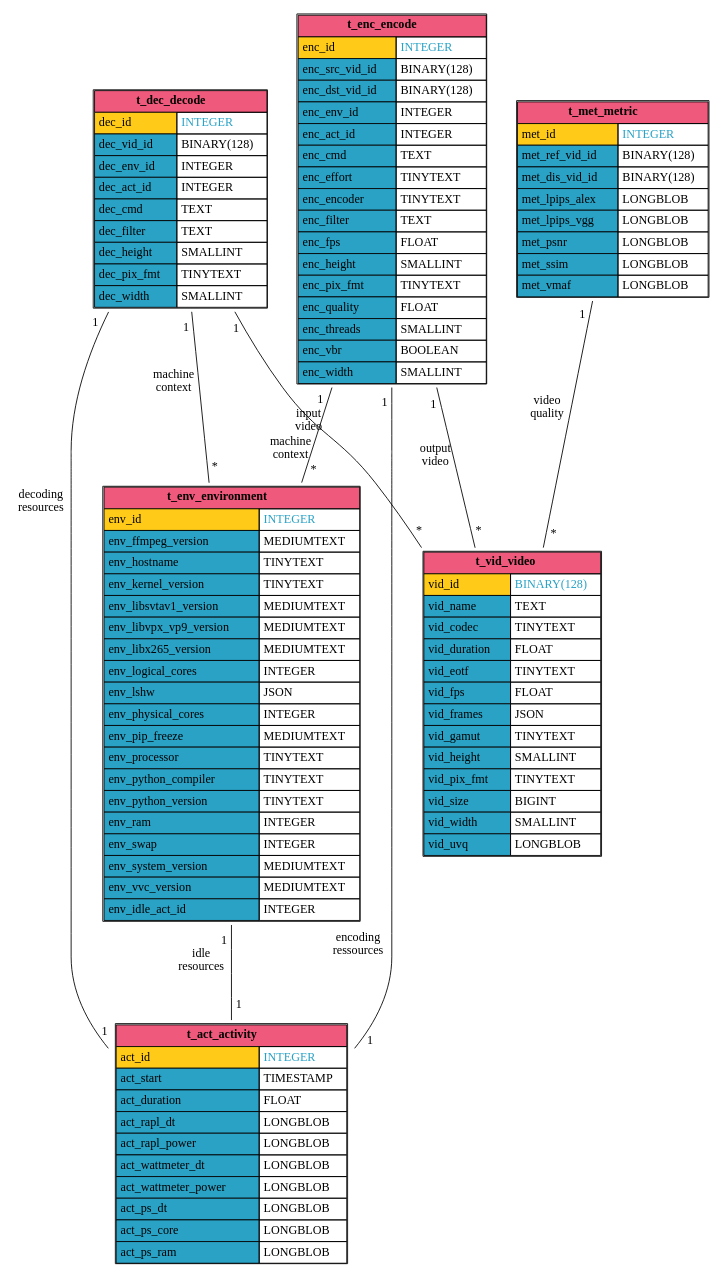
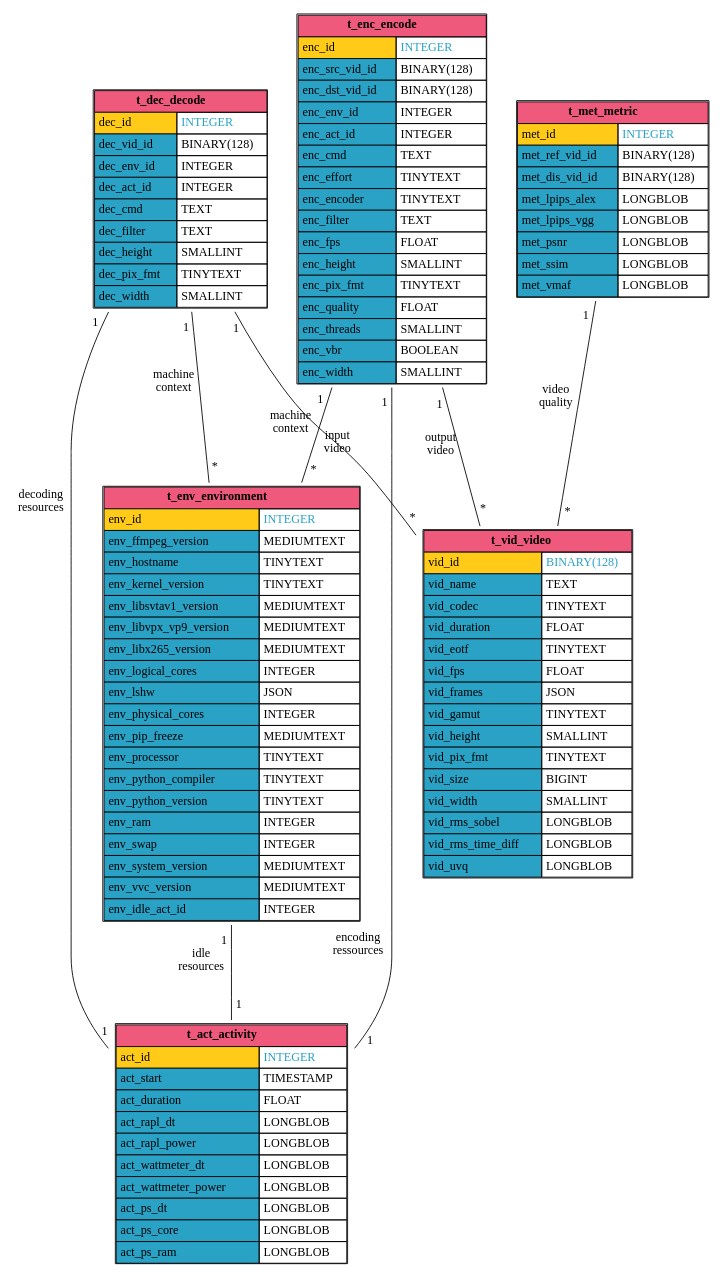
One commit to robinechuca/mendevi changed the diagram in docs/media/sql_database.dot. Above: the diagram before and after it, drawn with Graphviz. The commit also changed 2 other files, not shown here.

Commit message:
add metric rms_sobel and rms_time_diff

```diff
--- a/docs/media/sql_database.dot
+++ b/docs/media/sql_database.dot
@@ -1,129 +1,131 @@
 # dot -Tsvg sql_database.dot > sql_database.svg
 graph database {
   node [shape=plaintext]
   t_act_activity [
     label=<
       <TABLE BORDER="1" CELLBORDER="1" CELLSPACING="0" CELLPADDING="4">
         <TR><TD COLSPAN="2" BGCOLOR="#ef597b"><B>t_act_activity</B></TD></TR>
         <TR><TD ALIGN="LEFT" BGCOLOR="#ffcb18">act_id</TD><TD ALIGN="LEFT"><FONT COLOR="#29a2c6">INTEGER</FONT></TD></TR>
         <TR><TD ALIGN="LEFT" BGCOLOR="#29a2c6">act_start</TD><TD ALIGN="LEFT">TIMESTAMP</TD></TR>
         <TR><TD ALIGN="LEFT" BGCOLOR="#29a2c6">act_duration</TD><TD ALIGN="LEFT">FLOAT</TD></TR>
         <TR><TD ALIGN="LEFT" BGCOLOR="#29a2c6">act_rapl_dt</TD><TD ALIGN="LEFT">LONGBLOB</TD></TR>
         <TR><TD ALIGN="LEFT" BGCOLOR="#29a2c6">act_rapl_power</TD><TD ALIGN="LEFT">LONGBLOB</TD></TR>
         <TR><TD ALIGN="LEFT" BGCOLOR="#29a2c6">act_wattmeter_dt</TD><TD ALIGN="LEFT">LONGBLOB</TD></TR>
         <TR><TD ALIGN="LEFT" BGCOLOR="#29a2c6">act_wattmeter_power</TD><TD ALIGN="LEFT">LONGBLOB</TD></TR>
         <TR><TD ALIGN="LEFT" BGCOLOR="#29a2c6">act_ps_dt</TD><TD ALIGN="LEFT">LONGBLOB</TD></TR>
         <TR><TD ALIGN="LEFT" BGCOLOR="#29a2c6">act_ps_core</TD><TD ALIGN="LEFT">LONGBLOB</TD></TR>
         <TR><TD ALIGN="LEFT" BGCOLOR="#29a2c6">act_ps_ram</TD><TD ALIGN="LEFT">LONGBLOB</TD></TR>
       </TABLE>
     >
   ];
   t_vid_video [
     label=<
       <TABLE BORDER="1" CELLBORDER="1" CELLSPACING="0" CELLPADDING="4">
         <TR><TD COLSPAN="2" BGCOLOR="#ef597b"><B>t_vid_video</B></TD></TR>
         <TR><TD ALIGN="LEFT" BGCOLOR="#ffcb18">vid_id</TD><TD ALIGN="LEFT"><FONT COLOR="#29a2c6">BINARY(128)</FONT></TD></TR>
         <TR><TD ALIGN="LEFT" BGCOLOR="#29a2c6">vid_name</TD><TD ALIGN="LEFT">TEXT</TD></TR>
         <TR><TD ALIGN="LEFT" BGCOLOR="#29a2c6">vid_codec</TD><TD ALIGN="LEFT">TINYTEXT</TD></TR>
         <TR><TD ALIGN="LEFT" BGCOLOR="#29a2c6">vid_duration</TD><TD ALIGN="LEFT">FLOAT</TD></TR>
         <TR><TD ALIGN="LEFT" BGCOLOR="#29a2c6">vid_eotf</TD><TD ALIGN="LEFT">TINYTEXT</TD></TR>
         <TR><TD ALIGN="LEFT" BGCOLOR="#29a2c6">vid_fps</TD><TD ALIGN="LEFT">FLOAT</TD></TR>
         <TR><TD ALIGN="LEFT" BGCOLOR="#29a2c6">vid_frames</TD><TD ALIGN="LEFT">JSON</TD></TR>
         <TR><TD ALIGN="LEFT" BGCOLOR="#29a2c6">vid_gamut</TD><TD ALIGN="LEFT">TINYTEXT</TD></TR>
         <TR><TD ALIGN="LEFT" BGCOLOR="#29a2c6">vid_height</TD><TD ALIGN="LEFT">SMALLINT</TD></TR>
         <TR><TD ALIGN="LEFT" BGCOLOR="#29a2c6">vid_pix_fmt</TD><TD ALIGN="LEFT">TINYTEXT</TD></TR>
         <TR><TD ALIGN="LEFT" BGCOLOR="#29a2c6">vid_size</TD><TD ALIGN="LEFT">BIGINT</TD></TR>
         <TR><TD ALIGN="LEFT" BGCOLOR="#29a2c6">vid_width</TD><TD ALIGN="LEFT">SMALLINT</TD></TR>
+        <TR><TD ALIGN="LEFT" BGCOLOR="#29a2c6">vid_rms_sobel</TD><TD ALIGN="LEFT">LONGBLOB</TD></TR>
+        <TR><TD ALIGN="LEFT" BGCOLOR="#29a2c6">vid_rms_time_diff</TD><TD ALIGN="LEFT">LONGBLOB</TD></TR>
         <TR><TD ALIGN="LEFT" BGCOLOR="#29a2c6">vid_uvq</TD><TD ALIGN="LEFT">LONGBLOB</TD></TR>
       </TABLE>
     >
   ];
   t_met_metric [
     label=<
       <TABLE BORDER="1" CELLBORDER="1" CELLSPACING="0" CELLPADDING="4">
         <TR><TD COLSPAN="2" BGCOLOR="#ef597b"><B>t_met_metric</B></TD></TR>
         <TR><TD ALIGN="LEFT" BGCOLOR="#ffcb18">met_id</TD><TD ALIGN="LEFT"><FONT COLOR="#29a2c6">INTEGER</FONT></TD></TR>
         <TR><TD ALIGN="LEFT" BGCOLOR="#29a2c6">met_ref_vid_id</TD><TD ALIGN="LEFT">BINARY(128)</TD></TR>
         <TR><TD ALIGN="LEFT" BGCOLOR="#29a2c6">met_dis_vid_id</TD><TD ALIGN="LEFT">BINARY(128)</TD></TR>
         <TR><TD ALIGN="LEFT" BGCOLOR="#29a2c6">met_lpips_alex</TD><TD ALIGN="LEFT">LONGBLOB</TD></TR>
         <TR><TD ALIGN="LEFT" BGCOLOR="#29a2c6">met_lpips_vgg</TD><TD ALIGN="LEFT">LONGBLOB</TD></TR>
         <TR><TD ALIGN="LEFT" BGCOLOR="#29a2c6">met_psnr</TD><TD ALIGN="LEFT">LONGBLOB</TD></TR>
         <TR><TD ALIGN="LEFT" BGCOLOR="#29a2c6">met_ssim</TD><TD ALIGN="LEFT">LONGBLOB</TD></TR>
         <TR><TD ALIGN="LEFT" BGCOLOR="#29a2c6">met_vmaf</TD><TD ALIGN="LEFT">LONGBLOB</TD></TR>
       </TABLE>
     >
   ];
   t_env_environment [
     label=<
       <TABLE BORDER="1" CELLBORDER="1" CELLSPACING="0" CELLPADDING="4">
         <TR><TD COLSPAN="2" BGCOLOR="#ef597b"><B>t_env_environment</B></TD></TR>
         <TR><TD ALIGN="LEFT" BGCOLOR="#ffcb18">env_id</TD><TD ALIGN="LEFT"><FONT COLOR="#29a2c6">INTEGER</FONT></TD></TR>
         <TR><TD ALIGN="LEFT" BGCOLOR="#29a2c6">env_ffmpeg_version</TD><TD ALIGN="LEFT">MEDIUMTEXT</TD></TR>
         <TR><TD ALIGN="LEFT" BGCOLOR="#29a2c6">env_hostname</TD><TD ALIGN="LEFT">TINYTEXT</TD></TR>
         <TR><TD ALIGN="LEFT" BGCOLOR="#29a2c6">env_kernel_version</TD><TD ALIGN="LEFT">TINYTEXT</TD></TR>
         <TR><TD ALIGN="LEFT" BGCOLOR="#29a2c6">env_libsvtav1_version</TD><TD ALIGN="LEFT">MEDIUMTEXT</TD></TR>
         <TR><TD ALIGN="LEFT" BGCOLOR="#29a2c6">env_libvpx_vp9_version</TD><TD ALIGN="LEFT">MEDIUMTEXT</TD></TR>
         <TR><TD ALIGN="LEFT" BGCOLOR="#29a2c6">env_libx265_version</TD><TD ALIGN="LEFT">MEDIUMTEXT</TD></TR>
         <TR><TD ALIGN="LEFT" BGCOLOR="#29a2c6">env_logical_cores</TD><TD ALIGN="LEFT">INTEGER</TD></TR>
         <TR><TD ALIGN="LEFT" BGCOLOR="#29a2c6">env_lshw</TD><TD ALIGN="LEFT">JSON</TD></TR>
         <TR><TD ALIGN="LEFT" BGCOLOR="#29a2c6">env_physical_cores</TD><TD ALIGN="LEFT">INTEGER</TD></TR>
         <TR><TD ALIGN="LEFT" BGCOLOR="#29a2c6">env_pip_freeze</TD><TD ALIGN="LEFT">MEDIUMTEXT</TD></TR>
         <TR><TD ALIGN="LEFT" BGCOLOR="#29a2c6">env_processor</TD><TD ALIGN="LEFT">TINYTEXT</TD></TR>
         <TR><TD ALIGN="LEFT" BGCOLOR="#29a2c6">env_python_compiler</TD><TD ALIGN="LEFT">TINYTEXT</TD></TR>
         <TR><TD ALIGN="LEFT" BGCOLOR="#29a2c6">env_python_version</TD><TD ALIGN="LEFT">TINYTEXT</TD></TR>
         <TR><TD ALIGN="LEFT" BGCOLOR="#29a2c6">env_ram</TD><TD ALIGN="LEFT">INTEGER</TD></TR>
         <TR><TD ALIGN="LEFT" BGCOLOR="#29a2c6">env_swap</TD><TD ALIGN="LEFT">INTEGER</TD></TR>
         <TR><TD ALIGN="LEFT" BGCOLOR="#29a2c6">env_system_version</TD><TD ALIGN="LEFT">MEDIUMTEXT</TD></TR>
         <TR><TD ALIGN="LEFT" BGCOLOR="#29a2c6">env_vvc_version</TD><TD ALIGN="LEFT">MEDIUMTEXT</TD></TR>
         <TR><TD ALIGN="LEFT" BGCOLOR="#29a2c6">env_idle_act_id</TD><TD ALIGN="LEFT">INTEGER</TD></TR>
       </TABLE>
     >
   ];
   t_dec_decode [
     label=<
       <TABLE BORDER="1" CELLBORDER="1" CELLSPACING="0" CELLPADDING="4">
         <TR><TD COLSPAN="2" BGCOLOR="#ef597b"><B>t_dec_decode</B></TD></TR>
         <TR><TD ALIGN="LEFT" BGCOLOR="#ffcb18">dec_id</TD><TD ALIGN="LEFT"><FONT COLOR="#29a2c6">INTEGER</FONT></TD></TR>
         <TR><TD ALIGN="LEFT" BGCOLOR="#29a2c6">dec_vid_id</TD><TD ALIGN="LEFT">BINARY(128)</TD></TR>
         <TR><TD ALIGN="LEFT" BGCOLOR="#29a2c6">dec_env_id</TD><TD ALIGN="LEFT">INTEGER</TD></TR>
         <TR><TD ALIGN="LEFT" BGCOLOR="#29a2c6">dec_act_id</TD><TD ALIGN="LEFT">INTEGER</TD></TR>
         <TR><TD ALIGN="LEFT" BGCOLOR="#29a2c6">dec_cmd</TD><TD ALIGN="LEFT">TEXT</TD></TR>
         <TR><TD ALIGN="LEFT" BGCOLOR="#29a2c6">dec_filter</TD><TD ALIGN="LEFT">TEXT</TD></TR>
         <TR><TD ALIGN="LEFT" BGCOLOR="#29a2c6">dec_height</TD><TD ALIGN="LEFT">SMALLINT</TD></TR>
         <TR><TD ALIGN="LEFT" BGCOLOR="#29a2c6">dec_pix_fmt</TD><TD ALIGN="LEFT">TINYTEXT</TD></TR>
         <TR><TD ALIGN="LEFT" BGCOLOR="#29a2c6">dec_width</TD><TD ALIGN="LEFT">SMALLINT</TD></TR>
       </TABLE>
     >
   ];
   t_enc_encode [
     label=<
       <TABLE BORDER="1" CELLBORDER="1" CELLSPACING="0" CELLPADDING="4">
         <TR><TD COLSPAN="2" BGCOLOR="#ef597b"><B>t_enc_encode</B></TD></TR>
         <TR><TD ALIGN="LEFT" BGCOLOR="#ffcb18">enc_id</TD><TD ALIGN="LEFT"><FONT COLOR="#29a2c6">INTEGER</FONT></TD></TR>
         <TR><TD ALIGN="LEFT" BGCOLOR="#29a2c6">enc_src_vid_id</TD><TD ALIGN="LEFT">BINARY(128)</TD></TR>
         <TR><TD ALIGN="LEFT" BGCOLOR="#29a2c6">enc_dst_vid_id</TD><TD ALIGN="LEFT">BINARY(128)</TD></TR>
         <TR><TD ALIGN="LEFT" BGCOLOR="#29a2c6">enc_env_id</TD><TD ALIGN="LEFT">INTEGER</TD></TR>
         <TR><TD ALIGN="LEFT" BGCOLOR="#29a2c6">enc_act_id</TD><TD ALIGN="LEFT">INTEGER</TD></TR>
         <TR><TD ALIGN="LEFT" BGCOLOR="#29a2c6">enc_cmd</TD><TD ALIGN="LEFT">TEXT</TD></TR>
         <TR><TD ALIGN="LEFT" BGCOLOR="#29a2c6">enc_effort</TD><TD ALIGN="LEFT">TINYTEXT</TD></TR>
         <TR><TD ALIGN="LEFT" BGCOLOR="#29a2c6">enc_encoder</TD><TD ALIGN="LEFT">TINYTEXT</TD></TR>
         <TR><TD ALIGN="LEFT" BGCOLOR="#29a2c6">enc_filter</TD><TD ALIGN="LEFT">TEXT</TD></TR>
         <TR><TD ALIGN="LEFT" BGCOLOR="#29a2c6">enc_fps</TD><TD ALIGN="LEFT">FLOAT</TD></TR>
         <TR><TD ALIGN="LEFT" BGCOLOR="#29a2c6">enc_height</TD><TD ALIGN="LEFT">SMALLINT</TD></TR>
         <TR><TD ALIGN="LEFT" BGCOLOR="#29a2c6">enc_pix_fmt</TD><TD ALIGN="LEFT">TINYTEXT</TD></TR>
         <TR><TD ALIGN="LEFT" BGCOLOR="#29a2c6">enc_quality</TD><TD ALIGN="LEFT">FLOAT</TD></TR>
         <TR><TD ALIGN="LEFT" BGCOLOR="#29a2c6">enc_threads</TD><TD ALIGN="LEFT">SMALLINT</TD></TR>
         <TR><TD ALIGN="LEFT" BGCOLOR="#29a2c6">enc_vbr</TD><TD ALIGN="LEFT">BOOLEAN</TD></TR>
         <TR><TD ALIGN="LEFT" BGCOLOR="#29a2c6">enc_width</TD><TD ALIGN="LEFT">SMALLINT</TD></TR>
       </TABLE>
     >
   ];
   t_enc_encode -- t_act_activity [minlen=3, taillabel="1", headlabel="1", xlabel="encoding\nressources", labeldistance=2.0]
   t_enc_encode -- t_env_environment [minlen=3, taillabel="1", headlabel="*", xlabel="machine\ncontext", labeldistance=2.0]
   t_enc_encode -- t_vid_video [minlen=3, taillabel="1", headlabel="*", xlabel="output\nvideo", labeldistance=2.0]
   t_met_metric -- t_vid_video [minlen=3, taillabel="1", headlabel="*", xlabel="video\nquality", labeldistance=2.0]
   t_dec_decode -- t_act_activity [minlen=3, taillabel="1", headlabel="1", xlabel="decoding\nresources", labeldistance=2.0]
   t_dec_decode -- t_env_environment [minlen=3, taillabel="1", headlabel="*", xlabel="machine\ncontext", labeldistance=2.0]
   t_dec_decode -- t_vid_video [minlen=3, taillabel="1", headlabel="*", xlabel="input\nvideo", labeldistance=2.0]
   t_env_environment -- t_act_activity [minlen=3, taillabel="1", headlabel="1", xlabel="idle\nresources", labeldistance=2.0]
 }
```
